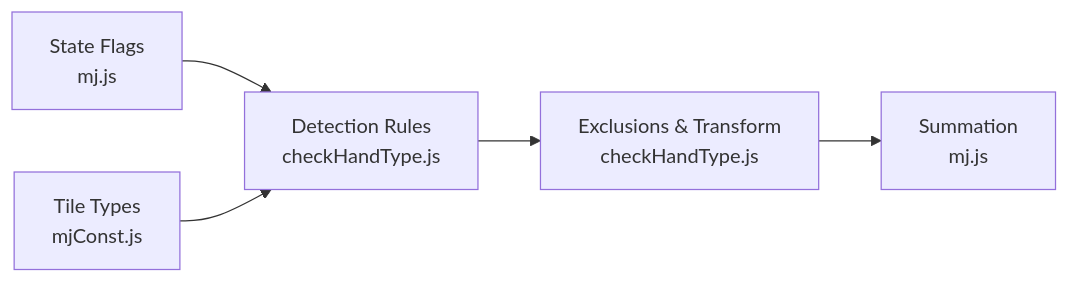
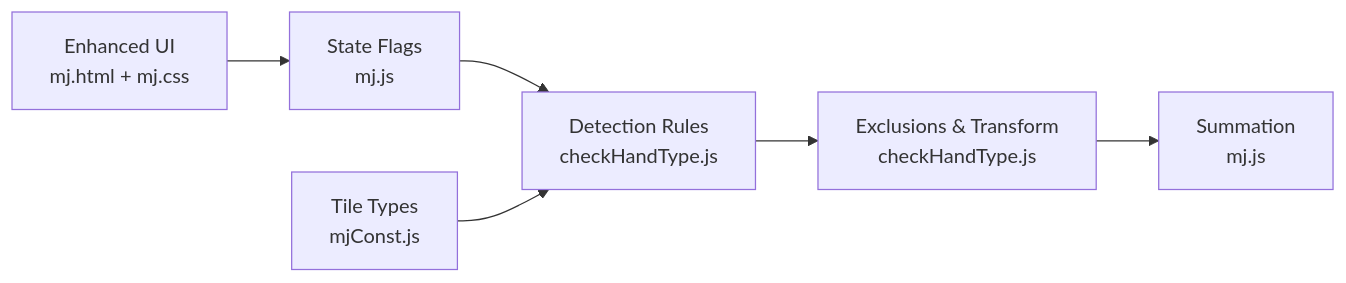
One commit to stc05168/ov-mj-calculator changed the seventh of 7 diagrams in .qoder/repowiki/en/content/Scoring System Reference/Special Conditions and Bonuses.md. Above: the diagram before and after it, drawn with Mermaid. The commit also changed other lines of this file and 69 other files, not shown here.

````diff
--- a/.qoder/repowiki/en/content/Scoring System Reference/Special Conditions and Bonuses.md
+++ b/.qoder/repowiki/en/content/Scoring System Reference/Special Conditions and Bonuses.md
@@ -268,7 +288,8 @@
 ```mermaid
 graph LR
 Flags["State Flags<br/>mj.js"] --> Rules["Detection Rules<br/>checkHandType.js"]
 Rules --> Excl["Exclusions & Transform<br/>checkHandType.js"]
 Excl --> Sum["Summation<br/>mj.js"]
 Types["Tile Types<br/>mjConst.js"] --> Rules
+UI["Enhanced UI<br/>mj.html + mj.css"] --> Flags
 ```
````
